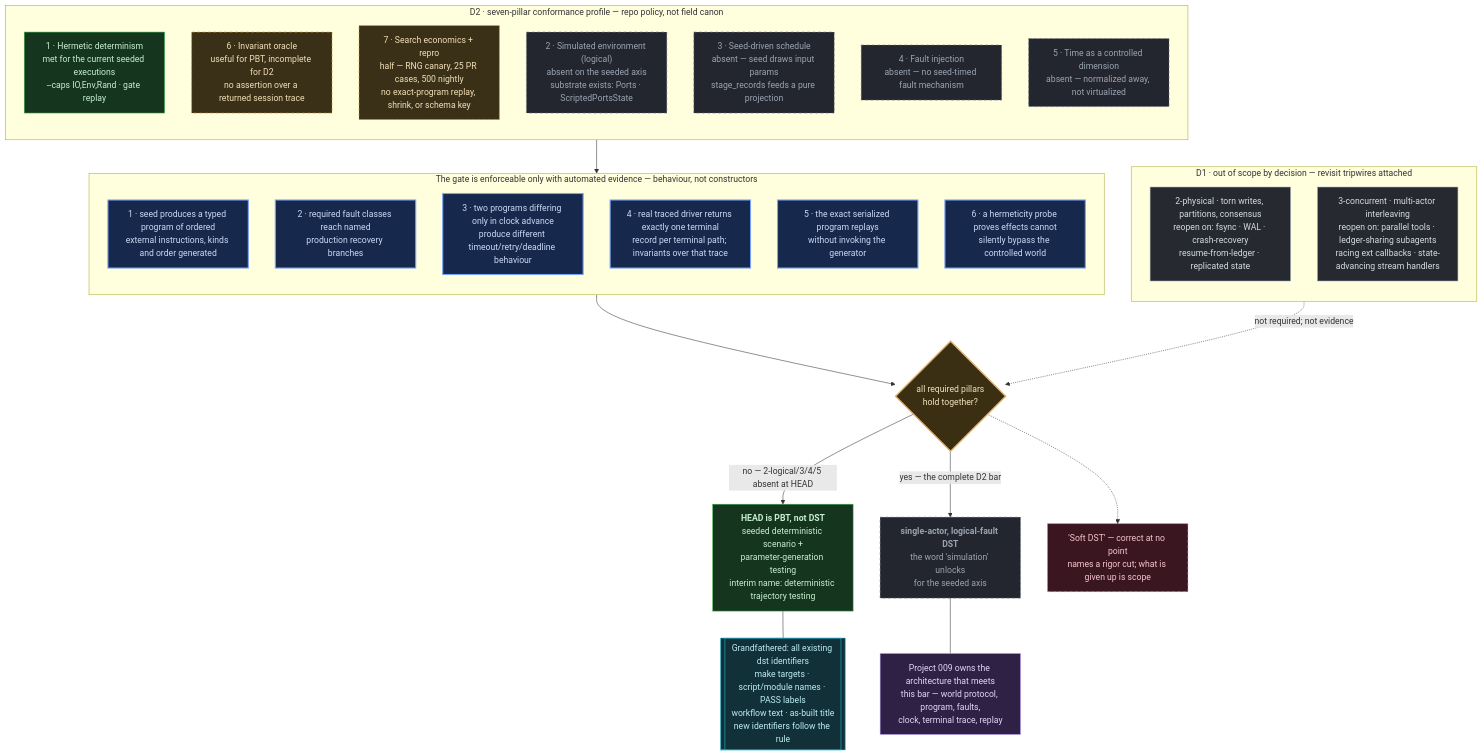
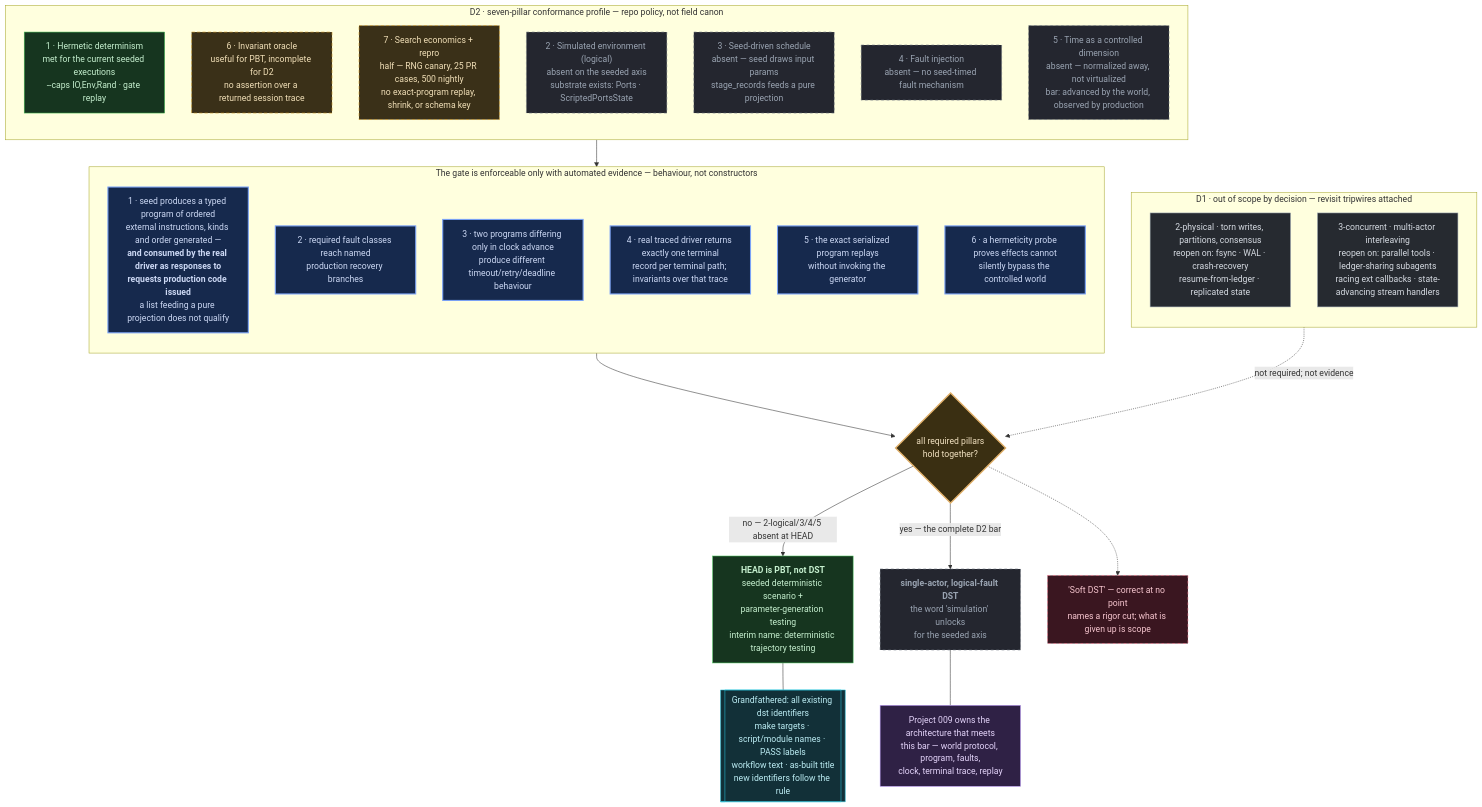
The diagram in .agent/projects/007_dst_consolidation/mmd/dst-conformance-gate.mmd (arniwesth/motoko_agent), drawn with Mermaid before and after one commit. The commit also changed 10 other files, not shown here.

Commit message:
Added snd updatde graphs

```diff
--- a/.agent/projects/007_dst_consolidation/mmd/dst-conformance-gate.mmd
+++ b/.agent/projects/007_dst_consolidation/mmd/dst-conformance-gate.mmd
@@ -1,61 +1,61 @@
 flowchart TB
   %% ADR-001 (007) D2 conformance gate as a STATUS MAP.
   %% Colour = status at HEAD, not role: green met · amber-dashed partial · gray-dashed absent.
   %% Grounded 2026-07-25 against a7932c68b53ba0aa2ef42739e4dbe69296f37a8a
   %% (scorecard ADR:258-272, evidence criteria ADR:189-204, naming rule ADR:206-225).
-  %% Re-render after the RR1-RR10 edits land: criterion 1 and pillar 5 wording both change.
+  %% Re-rendered 2026-07-26 after the RR1-RR10 edits: criterion 1 (RR2) and pillar 5 (RR6) changed.
 
   subgraph PROFILE["D2 · seven-pillar conformance profile — repo policy, not field canon"]
     direction TB
     p1["1 · Hermetic determinism<br/>met for the current seeded executions<br/>--caps IO,Env,Rand · gate replay"]:::met
     p6["6 · Invariant oracle<br/>useful for PBT, incomplete for D2<br/>no assertion over a returned session trace"]:::partial
     p7["7 · Search economics + repro<br/>half — RNG canary, 25 PR cases, 500 nightly<br/>no exact-program replay, shrink, or schema key"]:::partial
     p2["2 · Simulated environment (logical)<br/>absent on the seeded axis<br/>substrate exists: Ports · ScriptedPortsState"]:::absent
     p3["3 · Seed-driven schedule<br/>absent — seed draws input params<br/>stage_records feeds a pure projection"]:::absent
     p4["4 · Fault injection<br/>absent — no seed-timed fault mechanism"]:::absent
-    p5["5 · Time as a controlled dimension<br/>absent — normalized away, not virtualized"]:::absent
+    p5["5 · Time as a controlled dimension<br/>absent — normalized away, not virtualized<br/>bar: advanced by the world, observed by production"]:::absent
   end
 
   subgraph SCOPE["D1 · out of scope by decision — revisit tripwires attached"]
     direction TB
     x1["2-physical · torn writes, partitions, consensus<br/>reopen on: fsync · WAL · crash-recovery<br/>resume-from-ledger · replicated state"]:::excluded
     x2["3-concurrent · multi-actor interleaving<br/>reopen on: parallel tools · ledger-sharing subagents<br/>racing ext callbacks · state-advancing stream handlers"]:::excluded
   end
 
   subgraph EVIDENCE["The gate is enforceable only with automated evidence — behaviour, not constructors"]
     direction TB
-    e1["1 · seed produces a typed program of ordered<br/>external instructions, kinds and order generated"]:::gate
+    e1["1 · seed produces a typed program of ordered<br/>external instructions, kinds and order generated —<br/><b>and consumed by the real driver as responses to<br/>requests production code issued</b><br/>a list feeding a pure projection does not qualify"]:::gate
     e2["2 · required fault classes reach named<br/>production recovery branches"]:::gate
     e3["3 · two programs differing only in clock advance<br/>produce different timeout/retry/deadline behaviour"]:::gate
     e4["4 · real traced driver returns exactly one terminal<br/>record per terminal path; invariants over that trace"]:::gate
     e5["5 · the exact serialized program replays<br/>without invoking the generator"]:::gate
     e6["6 · a hermeticity probe proves effects cannot<br/>silently bypass the controlled world"]:::gate
   end
 
   bar{"all required pillars<br/>hold together?"}:::decision
 
   PROFILE --> EVIDENCE
   EVIDENCE --> bar
   SCOPE -. "not required; not evidence" .-> bar
 
   bar -->|"no — 2-logical/3/4/5 absent at HEAD"| head["<b>HEAD is PBT, not DST</b><br/>seeded deterministic scenario +<br/>parameter-generation testing<br/>interim name: deterministic trajectory testing"]:::met
   bar -->|"yes — the complete D2 bar"| earned["<b>single-actor, logical-fault DST</b><br/>the word 'simulation' unlocks<br/>for the seeded axis"]:::absent
 
   soft["'Soft DST' — correct at no point<br/>names a rigor cut; what is given up is scope"]:::rejected
   bar -.-> soft
 
   grandfather[["Grandfathered: all existing dst identifiers<br/>make targets · script/module names · PASS labels<br/>workflow text · as-built title<br/>new identifiers follow the rule"]]:::note
   head --- grandfather
 
   owner009["Project 009 owns the architecture that meets<br/>this bar — world protocol, program, faults,<br/>clock, terminal trace, replay"]:::deferred
   earned --- owner009
 
   classDef met fill:#16351f,stroke:#3fb950,color:#c6f0cf;
   classDef partial fill:#3a3018,stroke:#d29922,color:#f2e0b8,stroke-dasharray:6 4;
   classDef absent fill:#24262f,stroke:#6e7681,color:#9aa4b2,stroke-dasharray:5 5;
   classDef excluded fill:#262a30,stroke:#9aa4b0,color:#d6dbe2;
   classDef gate fill:#16294d,stroke:#7aa2f7,color:#cdd9f5,stroke-width:2px;
   classDef decision fill:#3a2f12,stroke:#e0af68,color:#f2e2c2,stroke-width:2.5px;
   classDef rejected fill:#3a1620,stroke:#f7768e,color:#f7c6cf,stroke-dasharray:5 5;
   classDef note fill:#123038,stroke:#2ac3de,color:#bdeef5;
   classDef deferred fill:#2f2145,stroke:#bb9af7,color:#e5d5fb;
```
